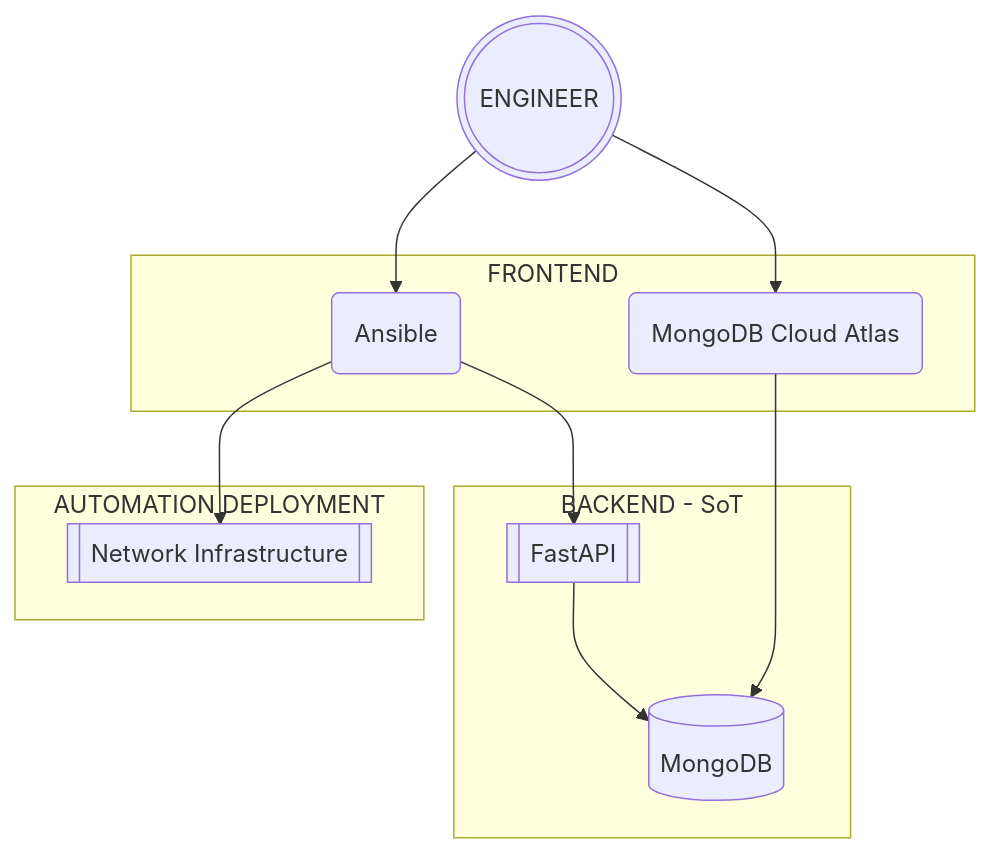
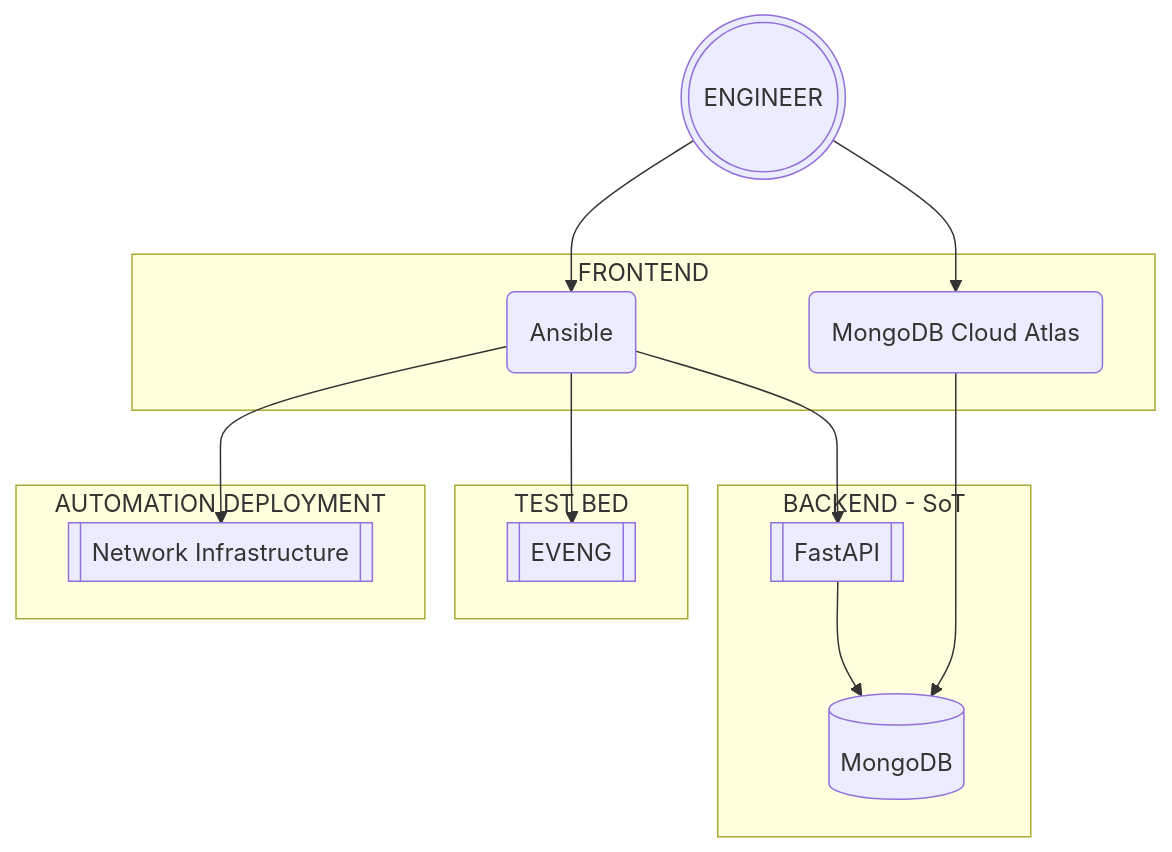
Before and after one commit to jnaranjom/iac_network_deployment: the diagram in diagrams/automation_framework.md, drawn with Mermaid.

````diff
--- a/diagrams/automation_framework.md
+++ b/diagrams/automation_framework.md
@@ -1,21 +1,26 @@
 ```mermaid
 flowchart TB
     A[(MongoDB)]
     B[[FastAPI]]
     C(MongoDB Cloud Atlas)
     D(Ansible)
     E[[Network Infrastructure]]
     F(((ENGINEER)))
+    G[[EVENG]]
     subgraph BACKEND - SoT
         B --> A
     end
     subgraph FRONTEND
         C --> A
         D --> B
     end
     F --> C
     F --> D
+    subgraph TEST BED
+        D --> G
+    end
     subgraph AUTOMATION DEPLOYMENT
         D --> E
     end
+
 ```
````
